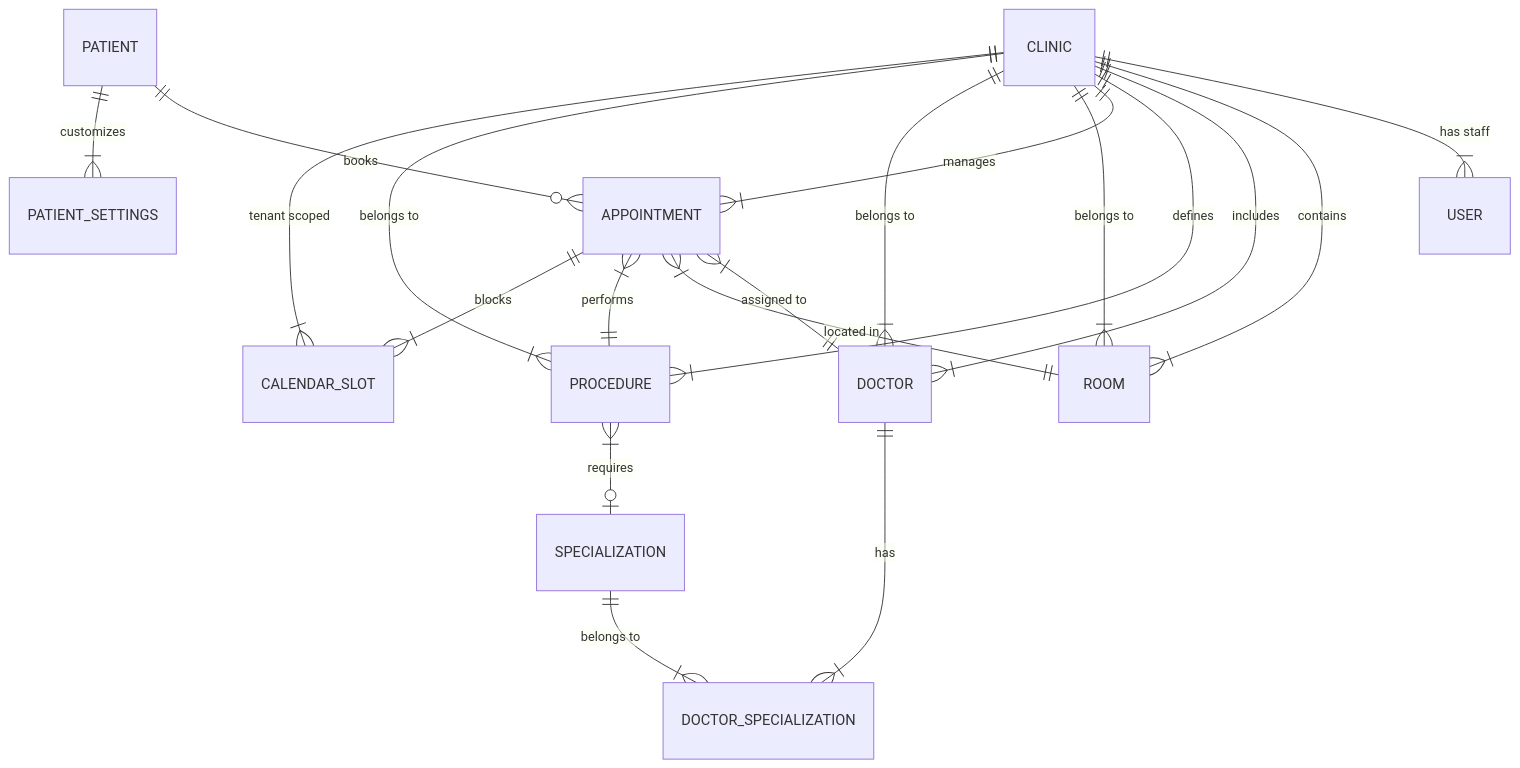
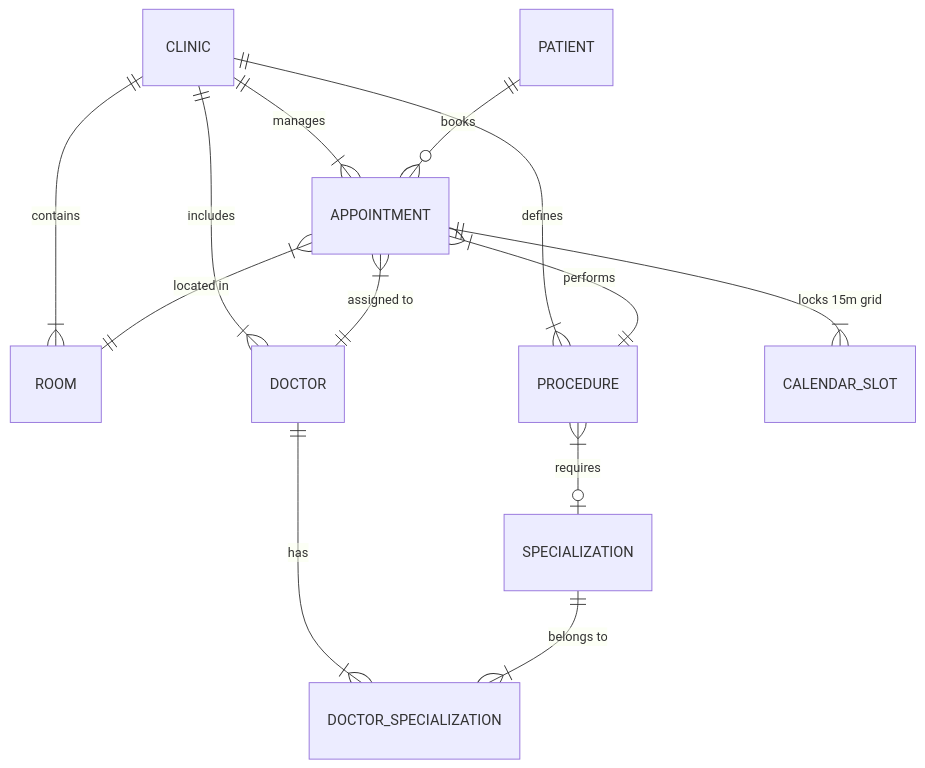
The diagram in README.md (arsalannkhann/DA-AppointmentBooking), drawn with Mermaid before and after one commit. The commit also changed other lines of this file, not shown here.

````diff
--- a/README.md
+++ b/README.md
@@ -96,27 +33,19 @@
 ```mermaid
 erDiagram
-    CLINIC ||--|{ USER : "has staff"
     CLINIC ||--|{ ROOM : "contains"
     CLINIC ||--|{ DOCTOR : "includes"
     CLINIC ||--|{ PROCEDURE : "defines"
     CLINIC ||--|{ APPOINTMENT : "manages"
     
-    DOCTOR }|--|| CLINIC : "belongs to"
     DOCTOR ||--|{ DOCTOR_SPECIALIZATION : "has"
     SPECIALIZATION ||--|{ DOCTOR_SPECIALIZATION : "belongs to"
     
-    ROOM }|--|| CLINIC : "belongs to"
+    PATIENT ||--o{ APPOINTMENT : "books"
     
-    PATIENT ||--o{ APPOINTMENT : "books"
-    PATIENT ||--|{ PATIENT_SETTINGS : "customizes"
-    
-    PROCEDURE }|--|| CLINIC : "belongs to"
     PROCEDURE }|--o| SPECIALIZATION : "requires"
     
     APPOINTMENT }|--|| DOCTOR : "assigned to"
     APPOINTMENT }|--|| ROOM : "located in"
     APPOINTMENT }|--|| PROCEDURE : "performs"
-    APPOINTMENT ||--|{ CALENDAR_SLOT : "blocks"
-    
-    CALENDAR_SLOT }|--|| CLINIC : "tenant scoped"
+    APPOINTMENT ||--|{ CALENDAR_SLOT : "locks 15m grid"
 ```
````
